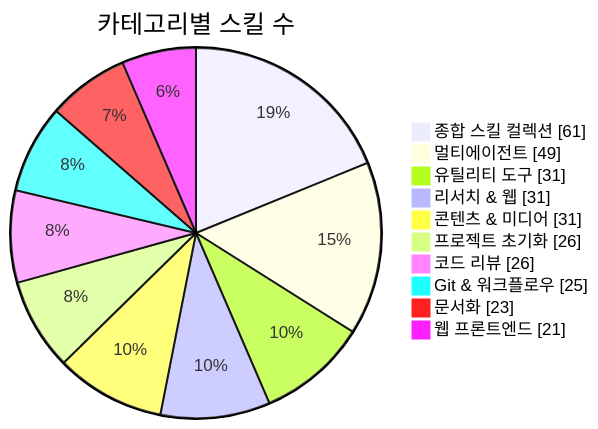
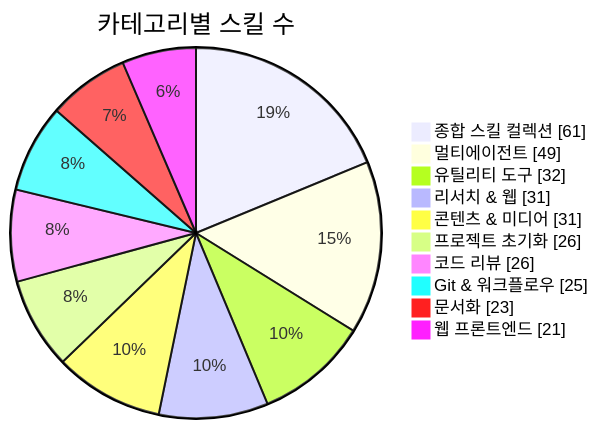
The first of 3 diagrams in README.md (J-nowcow/awesome-korean-agent-skills), drawn with Mermaid before and after one commit. The commit also changed other lines of this file and 5 other files, not shown here.

````diff
--- a/README.md
+++ b/README.md
@@ -176,14 +176,14 @@
 ```mermaid
 pie showData
     title 카테고리별 스킬 수
     "종합 스킬 컬렉션" : 61
     "멀티에이전트" : 49
-    "유틸리티 도구" : 31
+    "유틸리티 도구" : 32
     "리서치 & 웹" : 31
     "콘텐츠 & 미디어" : 31
     "프로젝트 초기화" : 26
     "코드 리뷰" : 26
     "Git & 워크플로우" : 25
     "문서화" : 23
     "웹 프론트엔드" : 21
 ```
````
